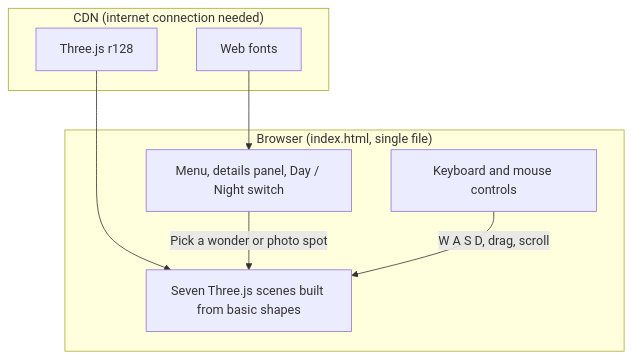
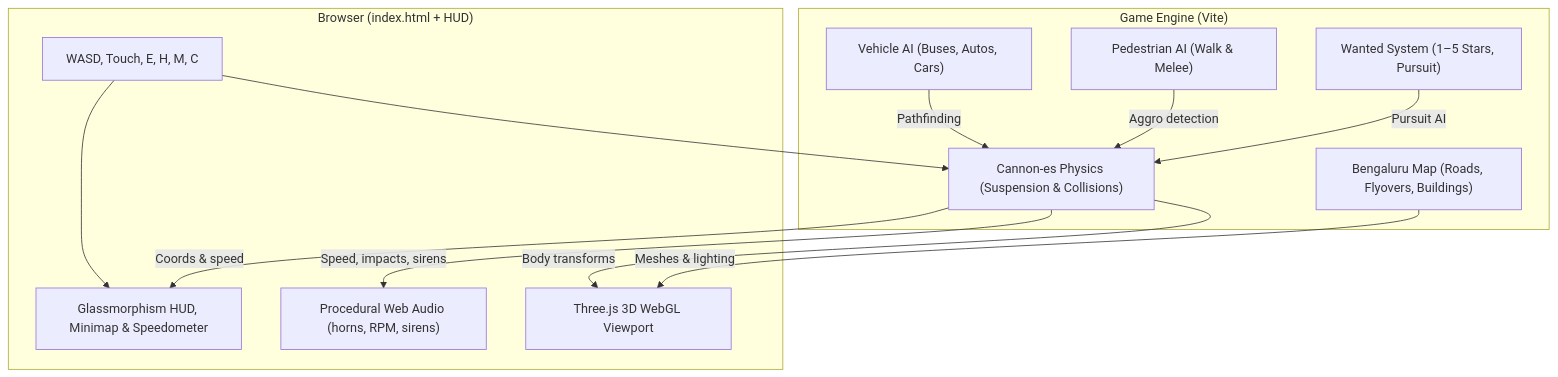
The diagram in README.md (KiranJITdesign/7-wonders-of-the-world), drawn with Mermaid before and after one commit. The commit also changed other lines of this file, not shown here.

First line of the commit message:
Update README with Bengaluru game details

````diff
--- a/README.md
+++ b/README.md
@@ -60,18 +63,27 @@
 ```mermaid
 graph TD
-    subgraph Browser ["Browser (index.html, single file)"]
-        UI["Menu, details panel, Day / Night switch"]
-        Input["Keyboard and mouse controls"]
-        Scenes["Seven Three.js scenes built from basic shapes"]
+    subgraph Browser ["Browser (index.html + HUD)"]
+        UI["Glassmorphism HUD, Minimap & Speedometer"]
+        Input["WASD, Touch, E, H, M, C"]
+        Audio["Procedural Web Audio (horns, RPM, sirens)"]
+        Renderer["Three.js 3D WebGL Viewport"]
     end
 
-    subgraph CDN ["CDN (internet connection needed)"]
-        Three["Three.js r128"]
-        Fonts["Web fonts"]
+    subgraph Engine ["Game Engine (Vite)"]
+        Physics["Cannon-es Physics (Suspension & Collisions)"]
+        City["Bengaluru Map (Roads, Flyovers, Buildings)"]
+        TrafficAI["Vehicle AI (Buses, Autos, Cars)"]
+        PedAI["Pedestrian AI (Walk & Melee)"]
+        Police["Wanted System (1–5 Stars, Pursuit)"]
     end
 
-    Three --> Scenes
-    Fonts --> UI
-    UI -->|"Pick a wonder or photo spot"| Scenes
-    Input -->|"W A S D, drag, scroll"| Scenes
+    Input --> Physics
+    Input --> UI
+    Physics -->|"Body transforms"| Renderer
+    City -->|"Meshes & lighting"| Renderer
+    TrafficAI -->|"Pathfinding"| Physics
+    PedAI -->|"Aggro detection"| Physics
+    Police -->|"Pursuit AI"| Physics
+    Physics -->|"Speed, impacts, sirens"| Audio
+    Physics -->|"Coords & speed"| UI
 ```
````
